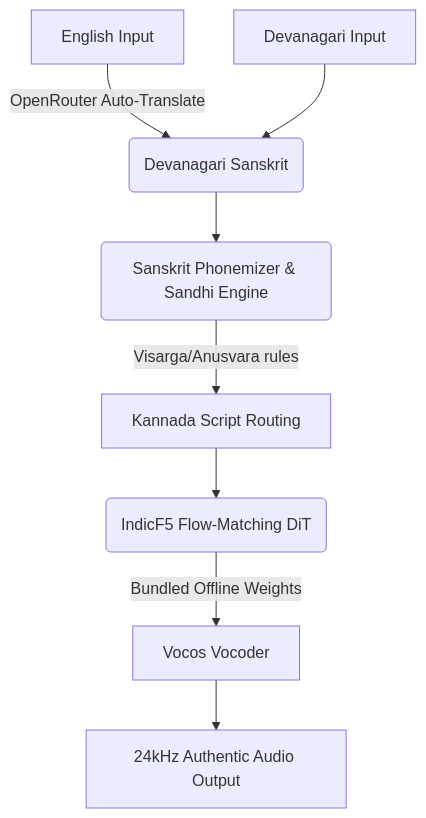
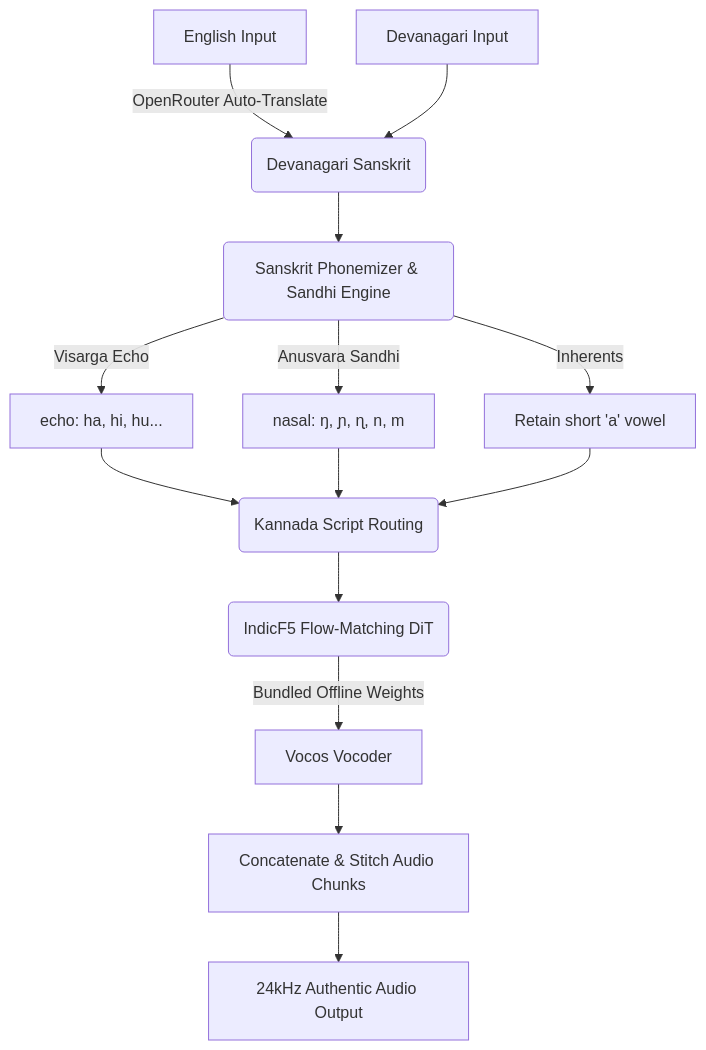
One commit to Hariprajwal/EdgeSanskrit changed the diagram in README.md. Above: the diagram before and after it, drawn with Mermaid. The commit also changed other lines of this file, not shown here.

Commit message:
docs: Restore massive README with detailed architecture and phoneme mapping

````diff
--- a/README.md
+++ b/README.md
@@ -113,10 +115,14 @@
 ```mermaid
 graph TD
     A[English Input] -->|OpenRouter Auto-Translate| B(Devanagari Sanskrit)
     A2[Devanagari Input] --> B
     B --> C(Sanskrit Phonemizer & Sandhi Engine)
-    C -->|Visarga/Anusvara rules| D[Kannada Script Routing]
-    D --> E(IndicF5 Flow-Matching DiT)
-    E -->|Bundled Offline Weights| F[Vocos Vocoder]
-    F --> G[24kHz Authentic Audio Output]
+    C -->|Visarga Echo| D[echo: ha, hi, hu...]
+    C -->|Anusvara Sandhi| E[nasal: ŋ, ɲ, ɳ, n, m]
+    C -->|Inherents| F[Retain short 'a' vowel]
+    D & E & F --> G(Kannada Script Routing)
+    G --> H(IndicF5 Flow-Matching DiT)
+    H -->|Bundled Offline Weights| I[Vocos Vocoder]
+    I --> J[Concatenate & Stitch Audio Chunks]
+    J --> K[24kHz Authentic Audio Output]
 ```
````
